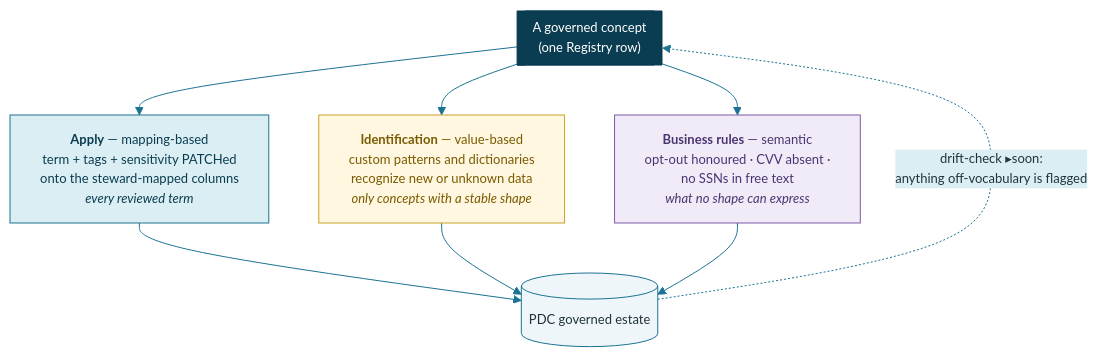
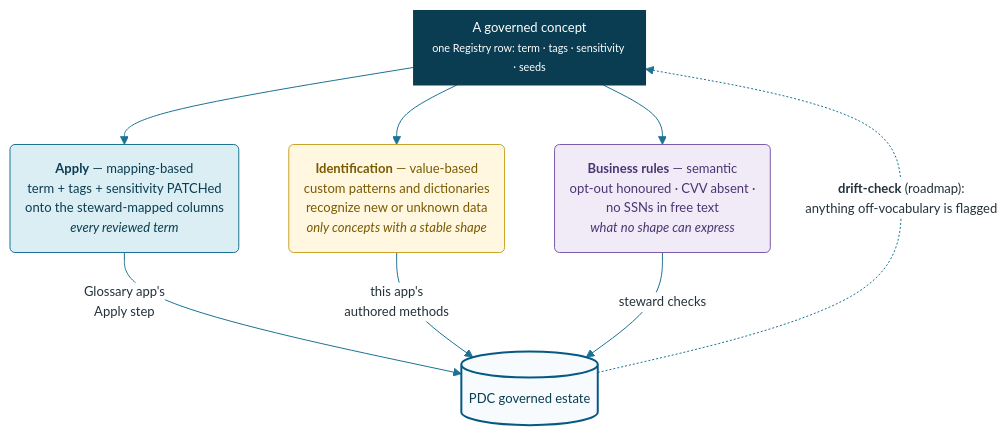
The second of 2 diagrams in README.md (jporeilly/PDC-Policy-Generator), drawn with Mermaid before and after one commit. The commit also changed other lines of this file and 14 other files, not shown here.

First line of the commit message:
1.4.5: diagram pipeline - live mermaid in markdown, rendered PNGs in docx

````diff
--- a/README.md
+++ b/README.md
@@ -86,20 +99,23 @@
 ```mermaid
-%%{init: {'theme':'base','themeVariables':{'primaryColor':'#EEF6FA','primaryBorderColor':'#1C7293','primaryTextColor':'#22333B','secondaryColor':'#DBEEF3','tertiaryColor':'#F7FBFD','lineColor':'#1C7293','fontFamily':'Segoe UI, sans-serif','fontSize':'13px','clusterBkg':'#F7FBFD','clusterBorder':'#CFE3EC'}}}%%
+%%{init: {'theme':'base','themeVariables':{'primaryColor':'#EEF6FA','primaryBorderColor':'#1C7293','primaryTextColor':'#22333B','lineColor':'#1C7293','fontFamily':'Segoe UI, sans-serif','fontSize':'13px','edgeLabelBackground':'#FFFFFF'},'flowchart':{'curve':'basis','nodeSpacing':50,'rankSpacing':60}}}%%
 flowchart TB
-    C[["A governed concept<br/>(one Registry row)"]]
-    C --> A["<b>Apply</b> — mapping-based<br/>term + tags + sensitivity PATCHed<br/>onto the steward-mapped columns<br/><i>every reviewed term</i>"]
-    C --> I["<b>Identification</b> — value-based<br/>custom patterns and dictionaries<br/>recognize new or unknown data<br/><i>only concepts with a stable shape</i>"]
-    C --> R["<b>Business rules</b> — semantic<br/>opt-out honoured · CVV absent ·<br/>no SSNs in free text<br/><i>what no shape can express</i>"]
-    A --> PDC[("PDC governed estate")]
-    I --> PDC
-    R --> PDC
-    PDC -. "drift-check ▸soon:<br/>anything off-vocabulary is flagged" .-> C
+    C[["A governed concept<br/><small>one Registry row: term &middot; tags &middot; sensitivity &middot; seeds</small>"]]
+    C --> A("<b>Apply</b> &mdash; mapping-based<br/>term + tags + sensitivity PATCHed<br/>onto the steward-mapped columns<br/><i>every reviewed term</i>")
+    C --> I("<b>Identification</b> &mdash; value-based<br/>custom patterns and dictionaries<br/>recognize new or unknown data<br/><i>only concepts with a stable shape</i>")
+    C --> R("<b>Business rules</b> &mdash; semantic<br/>opt-out honoured &middot; CVV absent &middot;<br/>no SSNs in free text<br/><i>what no shape can express</i>")
+    A -- "Glossary app's<br/>Apply step" --> PDC[("PDC governed estate")]
+    I -- "this app's<br/>authored methods" --> PDC
+    R -- "steward checks" --> PDC
+    PDC -. "<b>drift-check</b> (roadmap):<br/>anything off-vocabulary is flagged" .-> C
+
     classDef map fill:#DBEEF3,stroke:#1C7293,color:#0A3D52
-    classDef ident fill:#FFF7E0,stroke:#C9A227,color:#7a5a00
+    classDef ident fill:#FFF7E0,stroke:#C9A227,color:#7A5A00
     classDef rule fill:#F1EBF8,stroke:#7A5BA6,color:#4A3572
-    classDef contract fill:#0A3D52,color:#fff,stroke:#0A3D52
+    classDef contract fill:#0A3D52,color:#fff,stroke:#0A3D52,stroke-width:2px
+    classDef pdc fill:#F7FBFD,stroke:#065A82,color:#0A3D52,stroke-width:2px
     class A map
     class I ident
     class R rule
     class C contract
+    class PDC pdc
 ```
````
